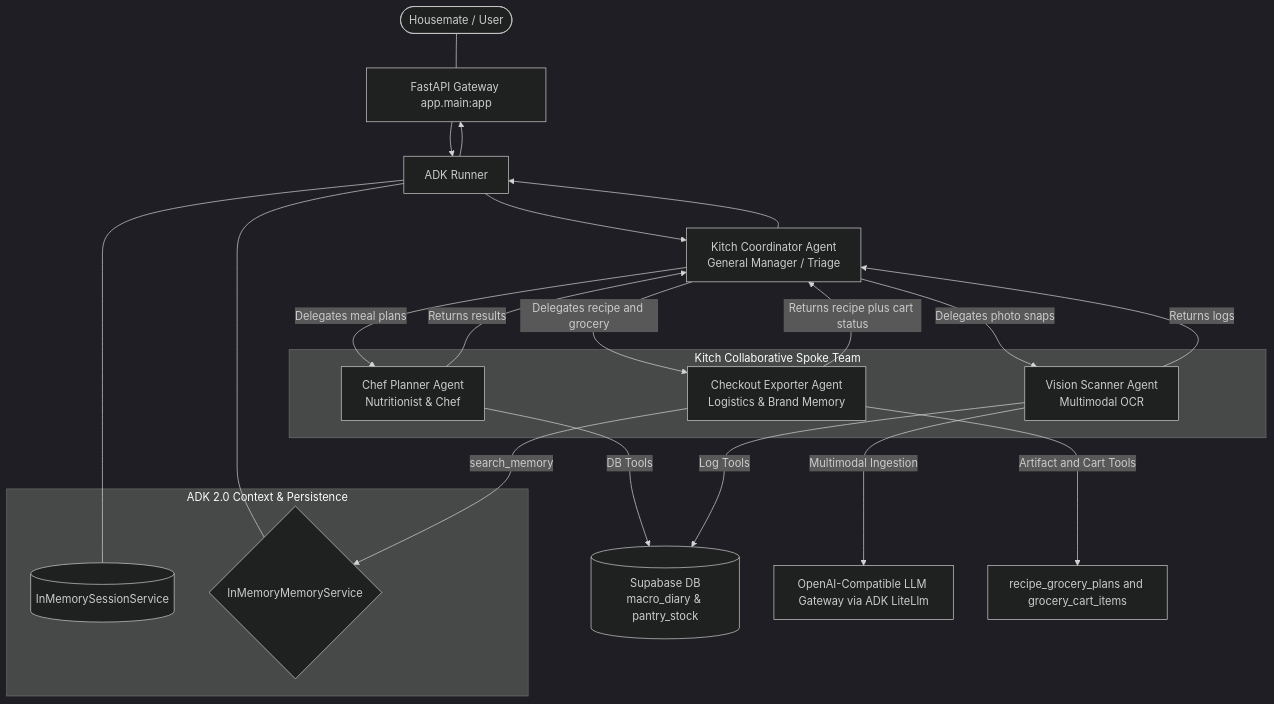
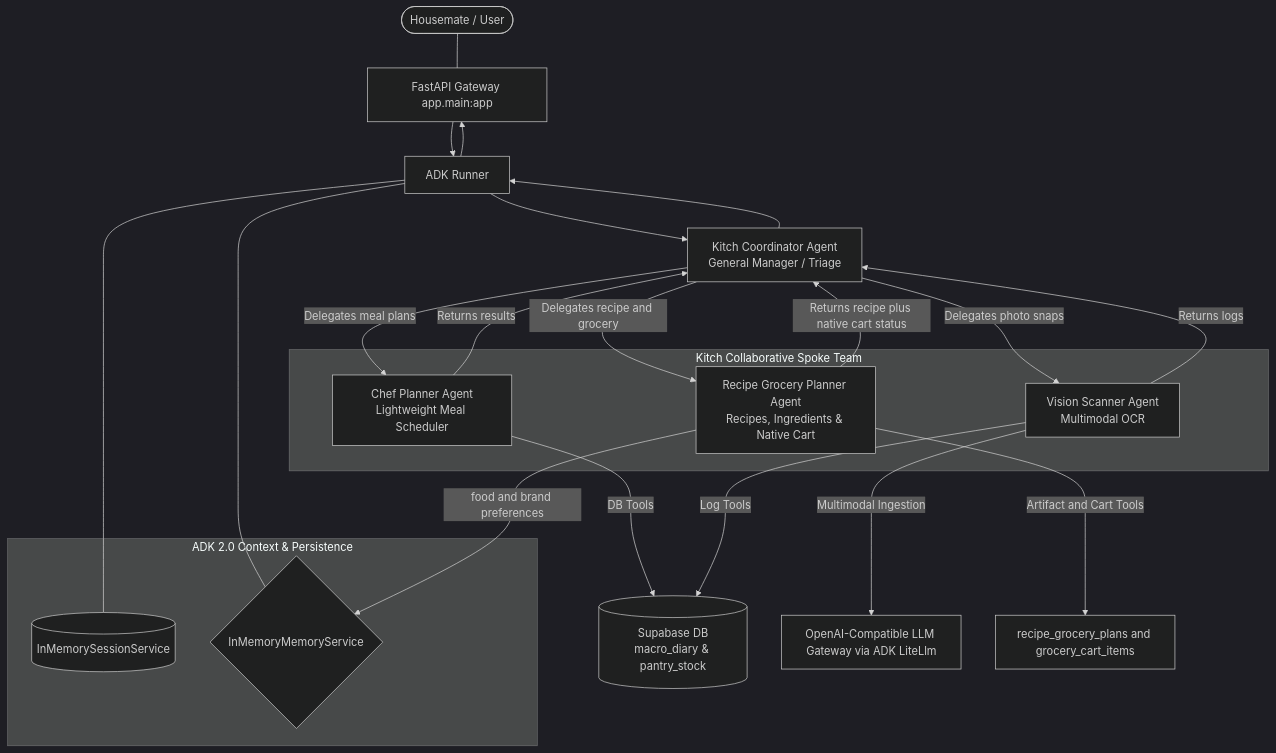
The diagram in docs/walkthrough.md (architworks/meal_and_grocery_agent), drawn with Mermaid (dark theme) before and after one commit. The commit also changed 7 other files, not shown here.

````diff
--- a/docs/walkthrough.md
+++ b/docs/walkthrough.md
@@ -17,45 +17,45 @@
 ```mermaid
 flowchart TD
     %% Entry point
     User([Housemate / User]) --- Gateway[FastAPI Gateway app.main:app]
     Gateway --> Runner[ADK Runner]
     Runner --> Gateway
     
     %% Native Services Layer
     subgraph ADK_Services [ADK 2.0 Context & Persistence]
         SessionSvc[(InMemorySessionService)]
         MemorySvc{InMemoryMemoryService}
     end
     
     Runner --- SessionSvc
     Runner --- MemorySvc
     
     %% Parent Coordinator
     Runner --> Parent[Kitch Coordinator Agent<br>General Manager / Triage]
     Parent --> Runner
     
     %% Multi-Agent Routing & Delegation (3-Spoke Topology)
     subgraph Agent_Team [Kitch Collaborative Spoke Team]
-        SubChef[Chef Planner Agent<br>Nutritionist & Chef]
+        SubChef[Chef Planner Agent<br>Lightweight Meal Scheduler]
         SubVision[Vision Scanner Agent<br>Multimodal OCR]
-        SubCart[Checkout Exporter Agent<br>Logistics & Brand Memory]
+        SubCart[Recipe Grocery Planner Agent<br>Recipes, Ingredients & Native Cart]
     end
     
     Parent -->|Delegates meal plans| SubChef
     SubChef -->|Returns results| Parent
     
     Parent -->|Delegates photo snaps| SubVision
     SubVision -->|Returns logs| Parent
     
     Parent -->|Delegates recipe and grocery| SubCart
-    SubCart -->|Returns recipe plus cart status| Parent
+    SubCart -->|Returns recipe plus native cart status| Parent
     
     %% Specialized Spoke Dependencies
     SubChef -->|DB Tools| DB[(Supabase DB<br>meal_plans)]
     
     SubVision -->|Multimodal Ingestion| LLM[OpenAI-Compatible LLM Gateway via ADK LiteLlm]
     SubVision -->|Log Tools| DB[(Supabase DB<br>macro_diary & pantry_stock)]
     
-    SubCart -->|search_memory| MemorySvc
+    SubCart -->|food and brand preferences| MemorySvc
     SubCart -->|Artifact and Cart Tools| RecipeCart[recipe_grocery_plans and grocery_cart_items]
 ```
````
